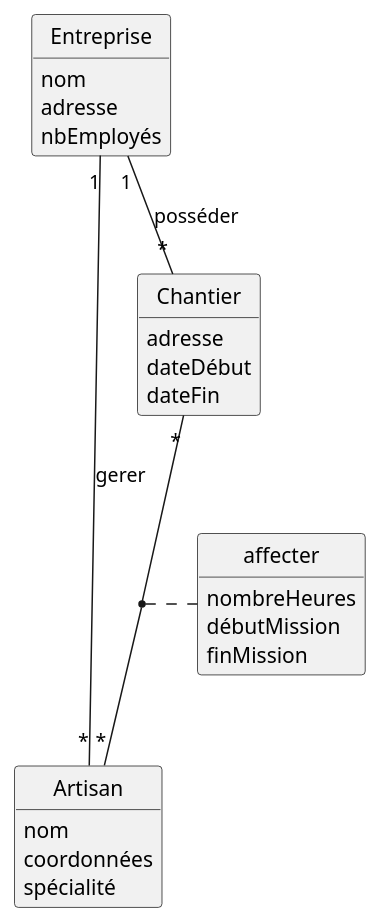
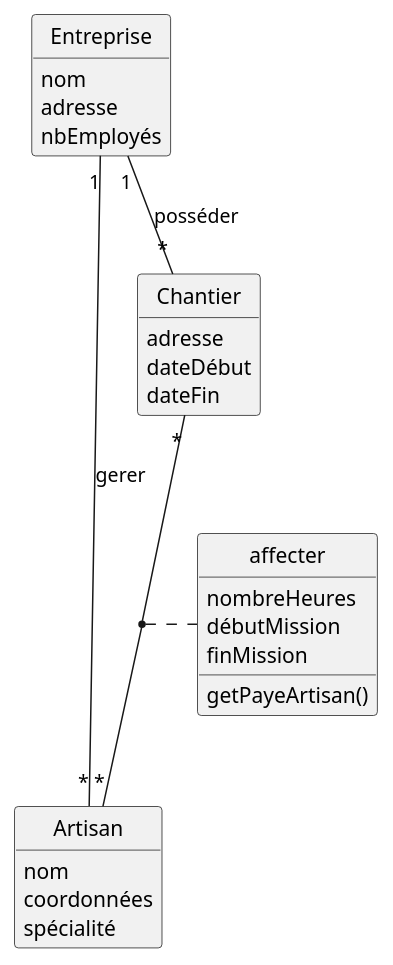
One commit to IUT-Blagnac/r2-01-conception-td5-neptune2022 changed the diagram in dc.plantuml. Above: the diagram before and after it, drawn with PlantUML.

Commit message:
Method added to UC

```diff
--- a/dc.plantuml
+++ b/dc.plantuml
@@ -1,38 +1,39 @@
 @startuml dc
 
 skinparam classAttributeIconSize 0
 
 hide circle
 hide empty members
 hide empty methods
 
 Entreprise "1" -- "*" Artisan : gerer
 Entreprise "1" -- "*" Chantier : posséder
 Chantier "*" -- "*" Artisan 
 (Artisan, Chantier) .. affecter
 
 Class Entreprise {
     nom
     adresse
     nbEmployés
 }
 
 Class Artisan {
     nom
     coordonnées
     spécialité
 }
 
 Class Chantier {
     adresse
     dateDébut
     dateFin
 }
 
 Class affecter {
     nombreHeures
     débutMission
     finMission
+    getPayeArtisan()
 }
 
 @enduml
```
